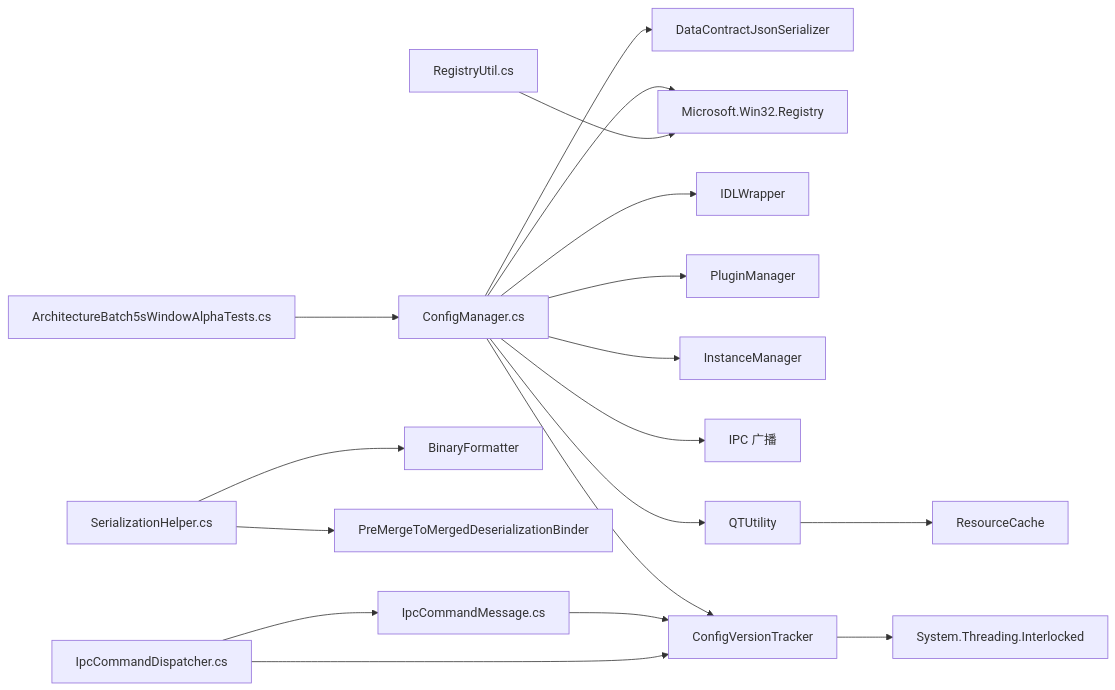
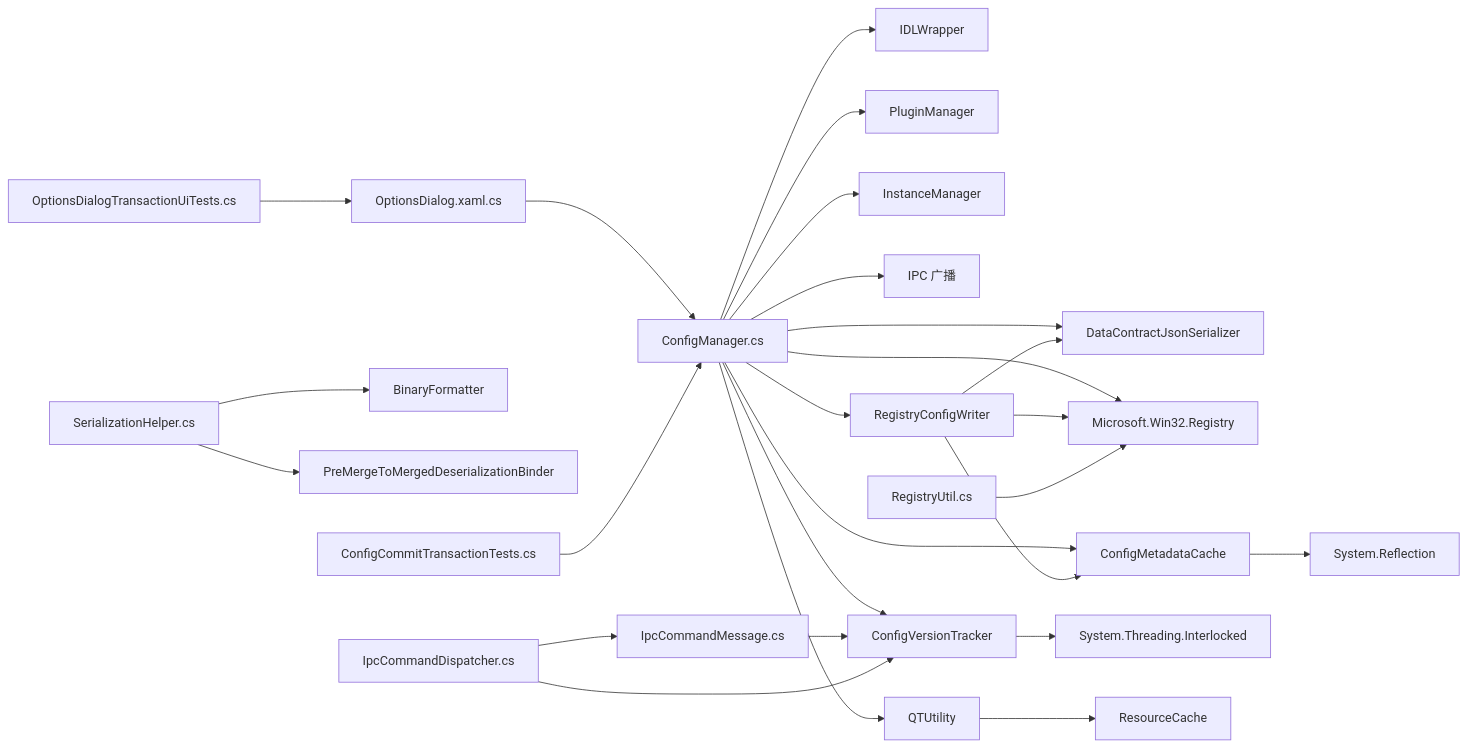
Before and after one commit to rainiva/QTTabBar-Next: the fourth of 4 diagrams in .qoder/repowiki/zh/content/配置管理.md, drawn with Mermaid. The commit also changed other lines of this file and 415 other files, not shown here.

````diff
--- a/.qoder/repowiki/zh/content/配置管理.md
+++ b/.qoder/repowiki/zh/content/配置管理.md
@@ -602,20 +572,28 @@
 ```mermaid
 graph LR
 CM["ConfigManager.cs"] --> JSON["DataContractJsonSerializer"]
 CM --> REG["Microsoft.Win32.Registry"]
 CM --> IDL["IDLWrapper"]
 CM --> PM["PluginManager"]
 CM --> IM["InstanceManager"]
 CM --> IPC["IPC 广播"]
 CM --> CVT["ConfigVersionTracker"]
 CM --> QTU["QTUtility"]
+CM --> RCW["RegistryConfigWriter"]
+CM --> CMC["ConfigMetadataCache"]
+RCW --> CMC
+RCW --> JSON
+RCW --> REG
+CMC --> REFLECTION["System.Reflection"]
 CVT --> INTERLOCKED["System.Threading.Interlocked"]
 ICM["IpcCommandMessage.cs"] --> CVT
 ICD["IpcCommandDispatcher.cs"] --> CVT
 ICD --> ICM
 SER["SerializationHelper.cs"] --> BF["BinaryFormatter"]
 SER --> BND["PreMergeToMergedDeserializationBinder"]
 REGU["RegistryUtil.cs"] --> REG
 QTU --> RC["ResourceCache"]
-TESTS["ArchitectureBatch5sWindowAlphaTests.cs"] --> CM
+OD["OptionsDialog.xaml.cs"] --> CM
+TESTS["ConfigCommitTransactionTests.cs"] --> CM
+UITESTS["OptionsDialogTransactionUiTests.cs"] --> OD
 ```
````
